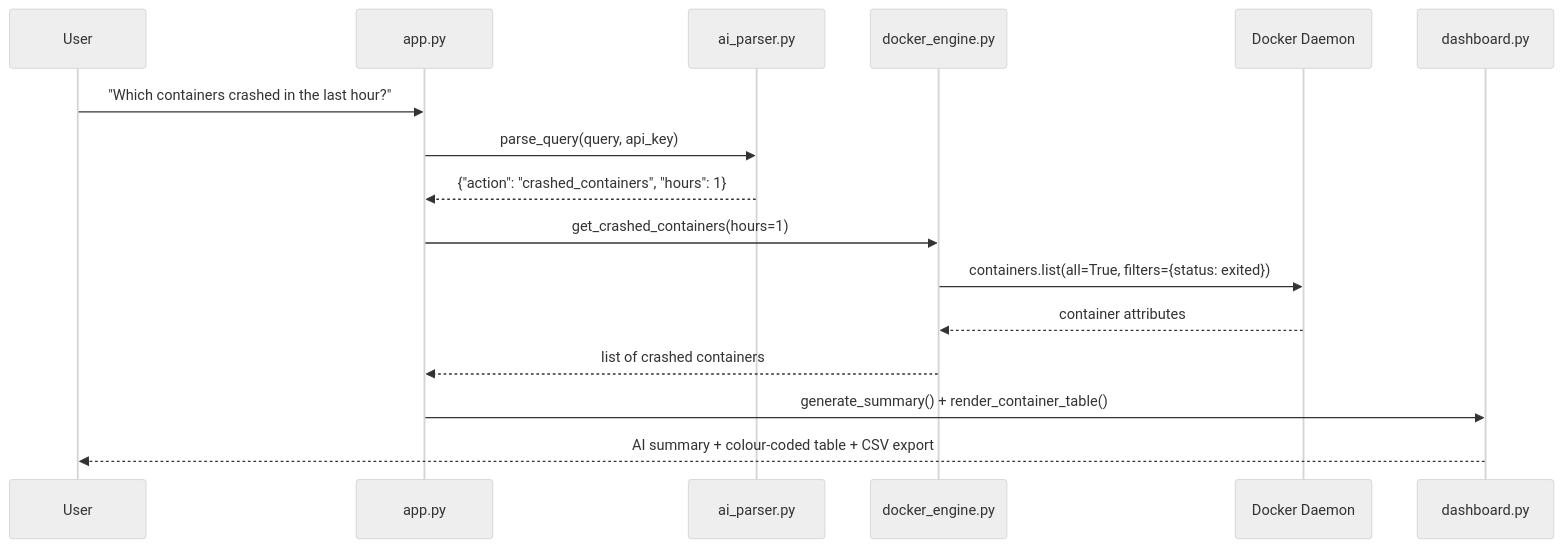
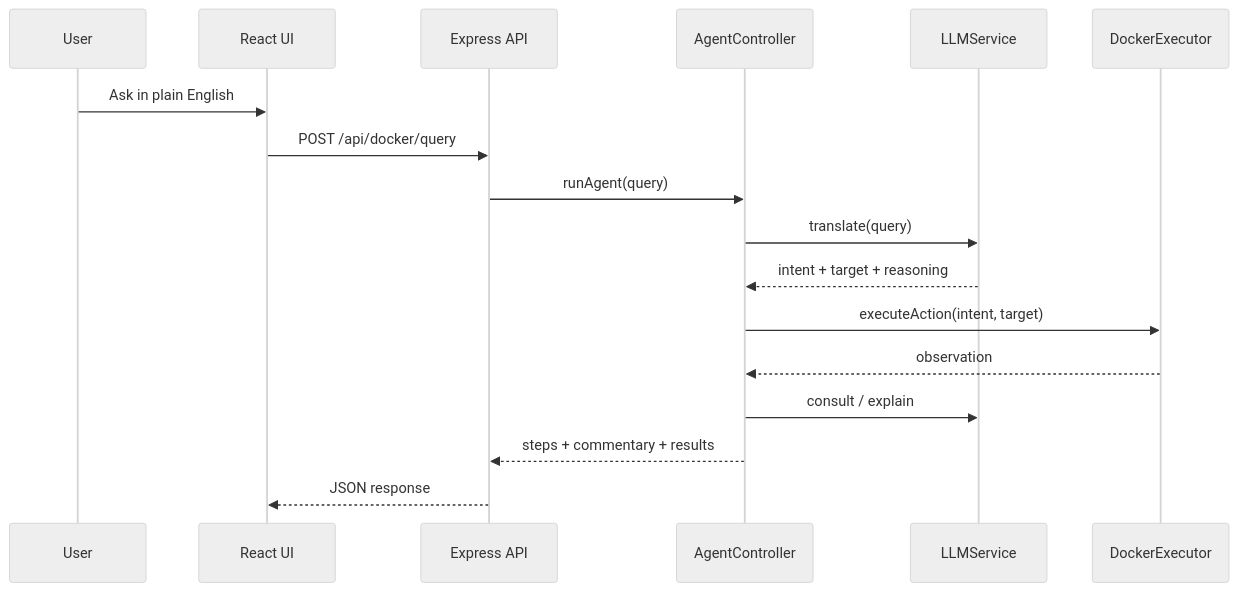
Before and after one commit to VARUVK/Docker_NL_Dashboard: the second of 2 diagrams in README.md, drawn with Mermaid (neutral theme). The commit also changed other lines of this file and 38 other files, not shown here.

Commit message:
Replace submission with updated TypeScript dashboard app

````diff
--- a/README.md
+++ b/README.md
@@ -102,19 +61,20 @@
 ```mermaid
 sequenceDiagram
     participant User
-    participant App as app.py
-    participant Parser as ai_parser.py
-    participant Engine as docker_engine.py
-    participant Docker as Docker Daemon
-    participant UI as dashboard.py
+    participant UI as React UI
+    participant API as Express API
+    participant Agent as AgentController
+    participant LLM as LLMService
+    participant Docker as DockerExecutor
 
-    User->>App: "Which containers crashed in the last hour?"
-    App->>Parser: parse_query(query, api_key)
-    Parser-->>App: {"action": "crashed_containers", "hours": 1}
-    App->>Engine: get_crashed_containers(hours=1)
-    Engine->>Docker: containers.list(all=True, filters={status: exited})
-    Docker-->>Engine: container attributes
-    Engine-->>App: list of crashed containers
-    App->>UI: generate_summary() + render_container_table()
-    UI-->>User: AI summary + colour-coded table + CSV export
+    User->>UI: Ask in plain English
+    UI->>API: POST /api/docker/query
+    API->>Agent: runAgent(query)
+    Agent->>LLM: translate(query)
+    LLM-->>Agent: intent + target + reasoning
+    Agent->>Docker: executeAction(intent, target)
+    Docker-->>Agent: observation
+    Agent->>LLM: consult / explain
+    Agent-->>API: steps + commentary + results
+    API-->>UI: JSON response
 ```
````
